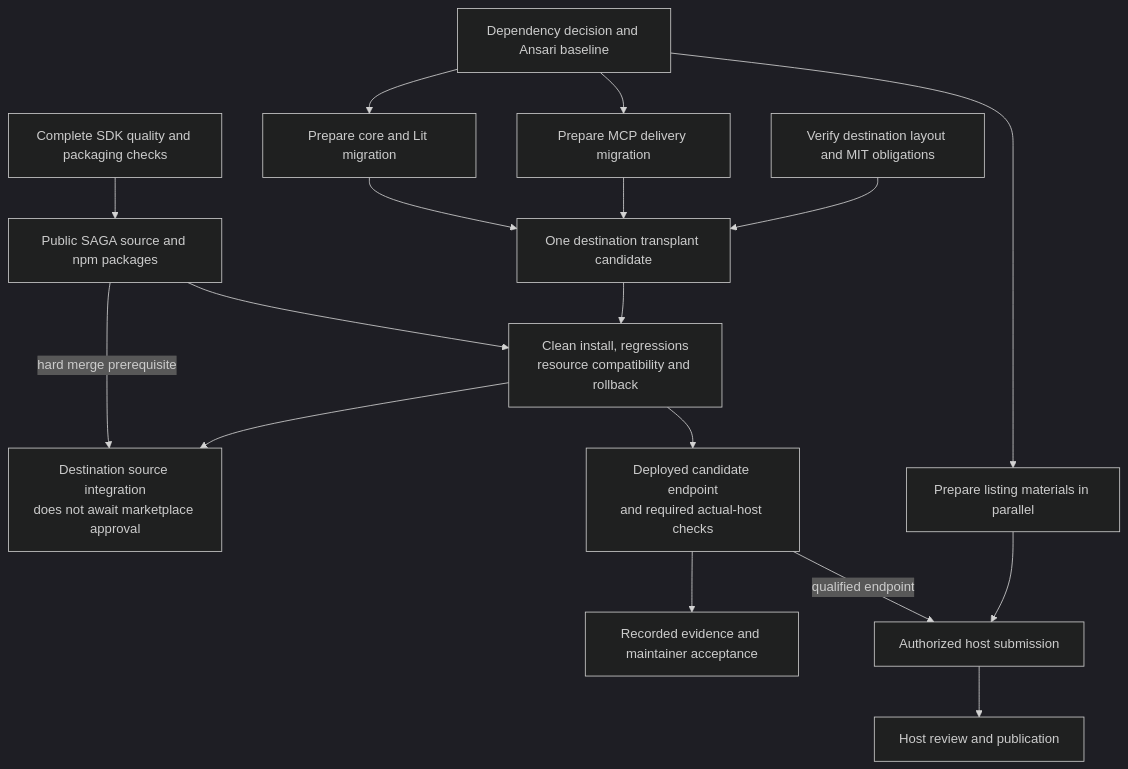
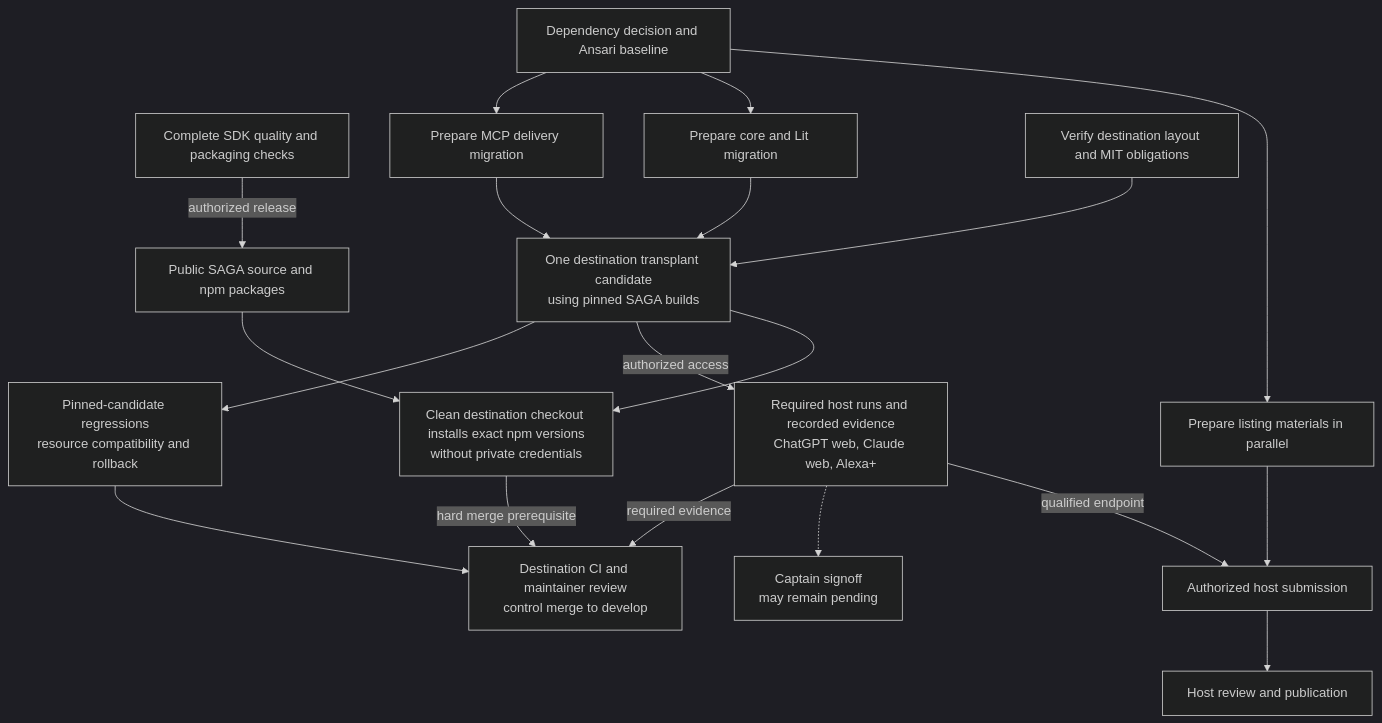
The diagram in diagrams/ansari-adoption.mmd (MachineWisdomAI/saga-a2ui), drawn with Mermaid (dark theme) before and after one commit. The commit also changed 3 other files, not shown here.

```diff
--- a/diagrams/ansari-adoption.mmd
+++ b/diagrams/ansari-adoption.mmd
@@ -1,17 +1,19 @@
 flowchart TD
+  sdk[Complete SDK quality and packaging checks] -->|authorized release| npm[Public SAGA source and npm packages]
   baseline[Dependency decision and Ansari baseline] --> server[Prepare MCP delivery migration]
   baseline --> view[Prepare core and Lit migration]
-  destination[Verify destination layout and MIT obligations] --> candidate[One destination transplant candidate]
+  destination[Verify destination layout and MIT obligations] --> candidate["One destination transplant candidate<br/>using pinned SAGA builds"]
   server --> candidate
   view --> candidate
-  sdk[Complete SDK quality and packaging checks] --> npm[Public SAGA source and npm packages]
-  candidate --> checks["Clean install, regressions<br/>resource compatibility and rollback"]
-  npm --> checks
-  checks --> merge["Destination source integration<br/>does not await marketplace approval"]
-  npm -->|hard merge prerequisite| merge
-  checks --> hosts["Deployed candidate endpoint<br/>and required actual-host checks"]
-  hosts --> acceptance[Recorded evidence and maintainer acceptance]
+  candidate --> checks["Pinned-candidate regressions<br/>resource compatibility and rollback"]
+  candidate -->|authorized access| hosts["Required host runs and recorded evidence<br/>ChatGPT web, Claude web, Alexa+"]
+  npm --> install["Clean destination checkout installs exact npm versions<br/>without private credentials"]
+  candidate --> install
+  checks --> merge["Destination CI and maintainer review<br/>control merge to develop"]
+  hosts -->|required evidence| merge
+  install -->|hard merge prerequisite| merge
+  hosts -.-> acceptance["Captain signoff<br/>may remain pending"]
   baseline --> listingprep[Prepare listing materials in parallel]
   listingprep --> submit[Authorized host submission]
   hosts -->|qualified endpoint| submit
   submit --> listing[Host review and publication]
```
